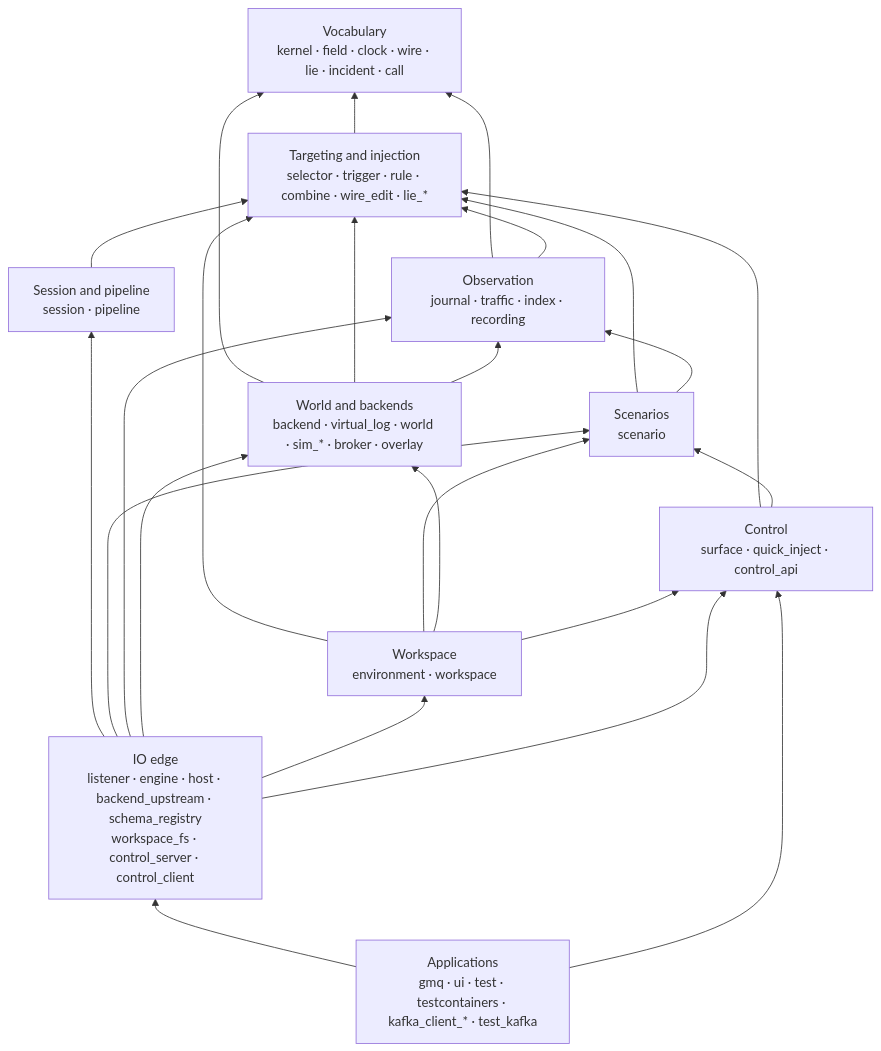
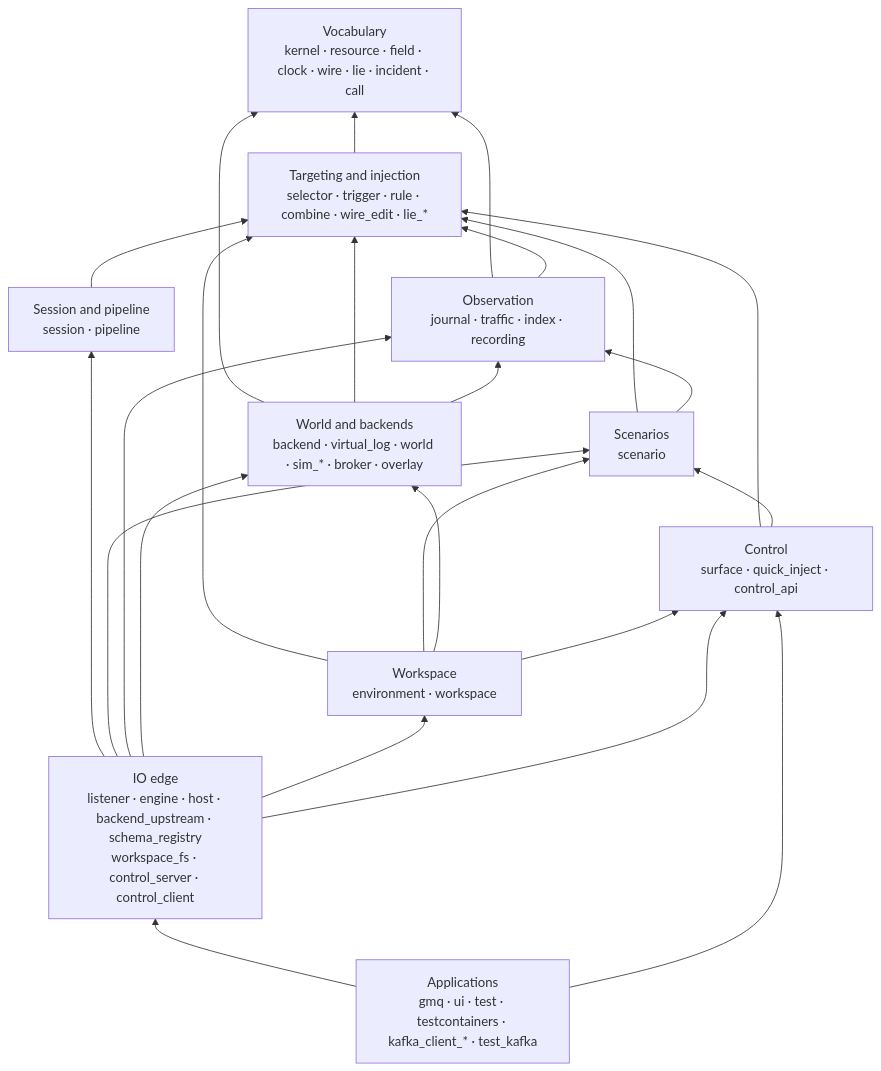
One commit to cruxy-eu/gaslightmq changed the diagram in docs/specs/architecture/crates.md. Above: the diagram before and after it, drawn with Mermaid. The commit also changed other lines of this file and 23 other files, not shown here.

````diff
--- a/docs/specs/architecture/crates.md
+++ b/docs/specs/architecture/crates.md
@@ -153,37 +177,37 @@
 ```mermaid
 flowchart BT
-  V["Vocabulary<br/>kernel · field · clock · wire · lie · incident · call"]
+  V["Vocabulary<br/>kernel · resource · field · clock · wire · lie · incident · call"]
   T["Targeting and injection<br/>selector · trigger · rule · combine · wire_edit · lie_*"]
   P["Session and pipeline<br/>session · pipeline"]
   S["Scenarios<br/>scenario"]
   O["Observation<br/>journal · traffic · index · recording"]
   W["World and backends<br/>backend · virtual_log · world · sim_* · broker · overlay"]
   F["Workspace<br/>environment · workspace"]
   C["Control<br/>surface · quick_inject · control_api"]
   IO["IO edge<br/>listener · engine · host · backend_upstream · schema_registry<br/>workspace_fs · control_server · control_client"]
   A["Applications<br/>gmq · ui · test · testcontainers · kafka_client_* · test_kafka"]
 
   T --> V
   P --> T
   S --> T
   S --> O
   O --> V
   O --> T
   W --> V
   W --> T
   W --> O
   F --> T
   F --> S
   F --> W
   F --> C
   C --> T
   C --> S
   IO --> P
   IO --> S
   IO --> O
   IO --> W
   IO --> F
   IO --> C
   A --> IO
   A --> C
 ```
````
